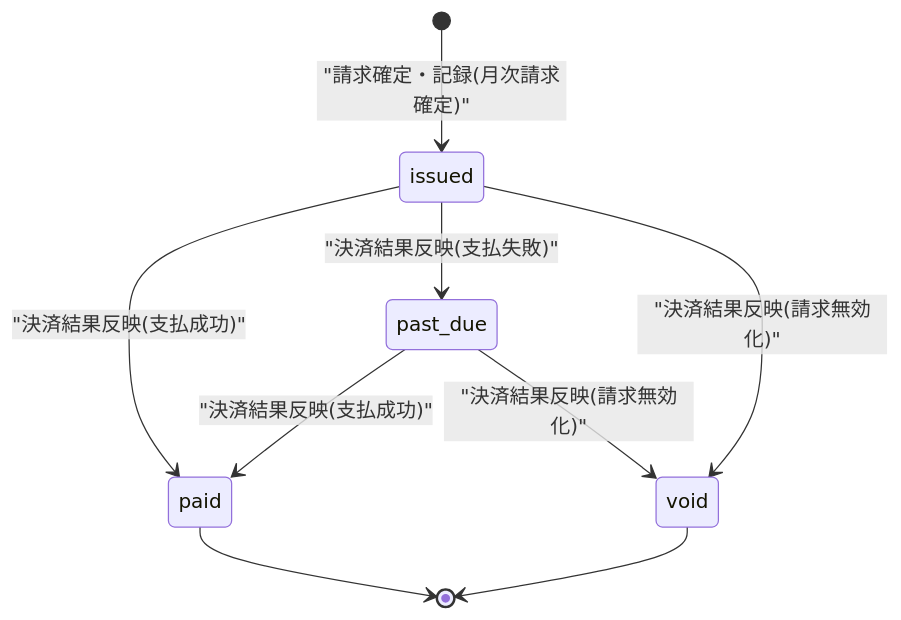
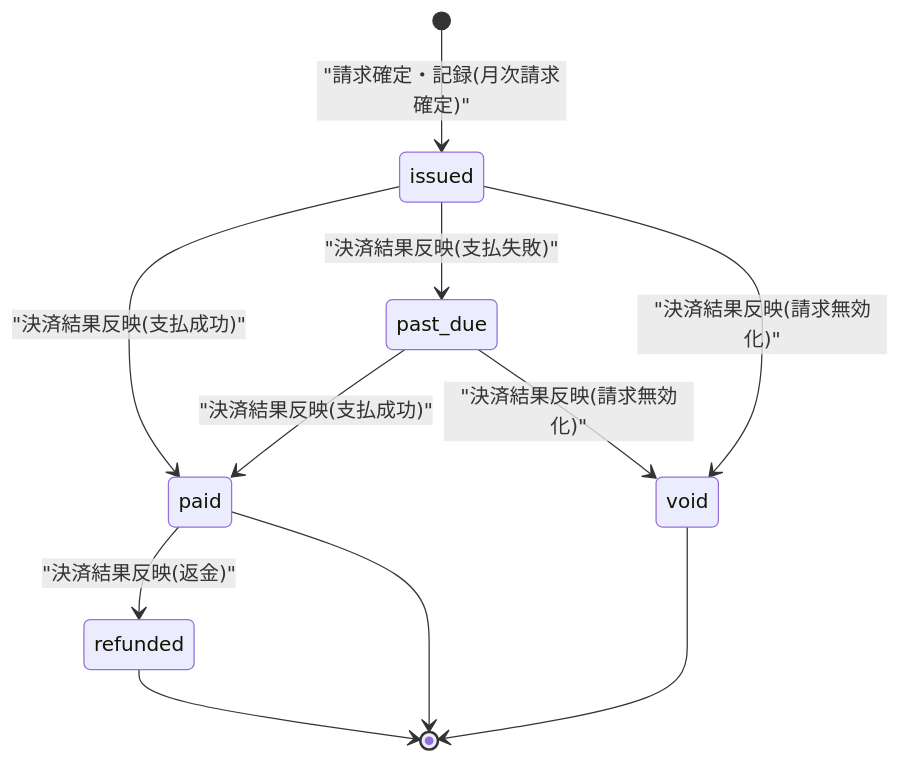
Before and after one commit to sikakou54/open-faq: the diagram in 03_detail_design/01_state_transitions/STS-008.md, drawn with Mermaid. The commit also changed other lines of this file and 2 other files, not shown here.

````diff
--- a/03_detail_design/01_state_transitions/STS-008.md
+++ b/03_detail_design/01_state_transitions/STS-008.md
@@ -38,11 +38,13 @@
 ```mermaid
 stateDiagram-v2
   [*] --> issued: "請求確定・記録(月次請求確定)"
   issued --> paid: "決済結果反映(支払成功)"
   issued --> past_due: "決済結果反映(支払失敗)"
   past_due --> paid: "決済結果反映(支払成功)"
   issued --> void: "決済結果反映(請求無効化)"
   past_due --> void: "決済結果反映(請求無効化)"
+  paid --> refunded: "決済結果反映(返金)"
   paid --> [*]
   void --> [*]
+  refunded --> [*]
 ```
````
